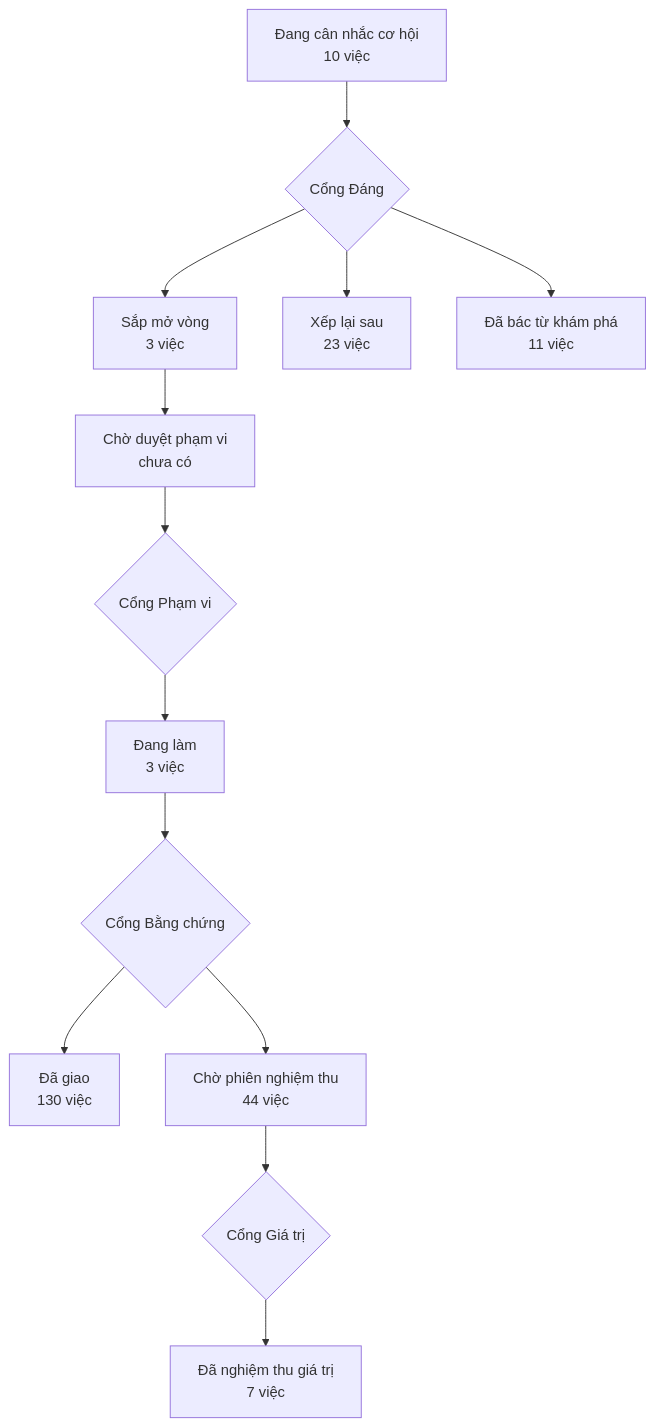
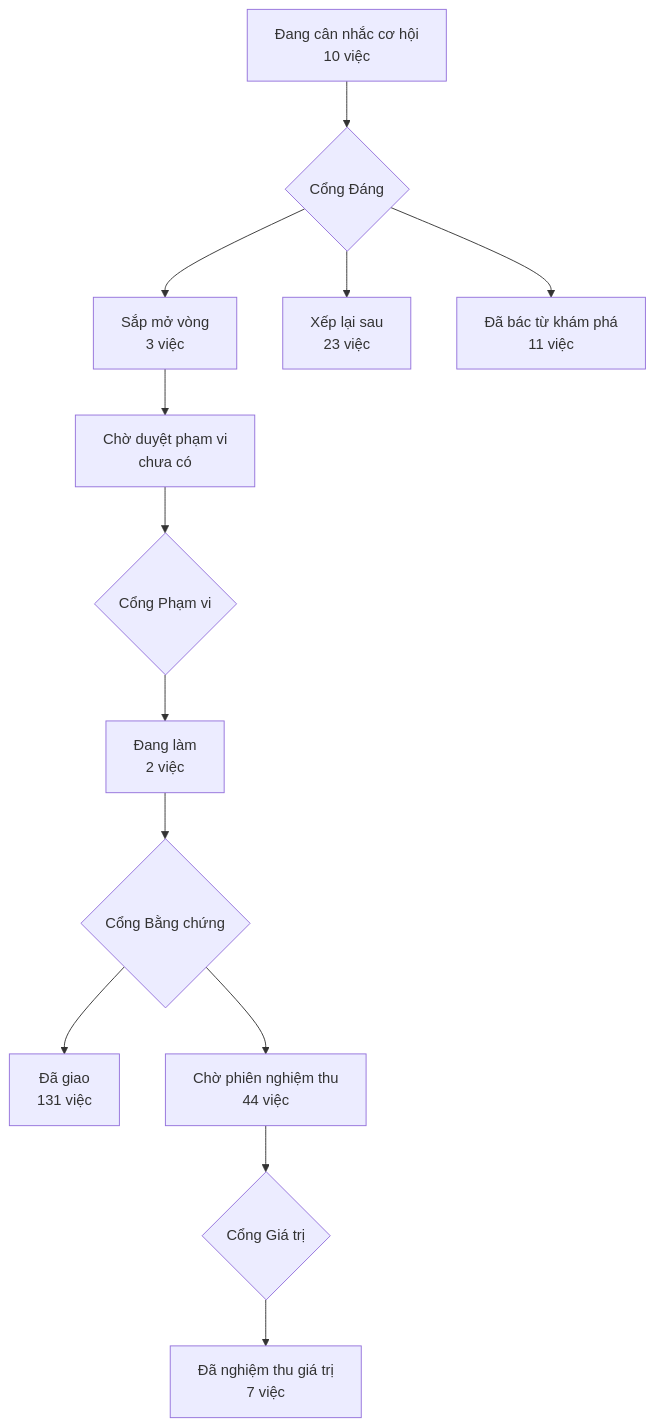
The diagram in PRODUCT-MAP.md (phanlemanh/acceptance-gate-kit), drawn with Mermaid before and after one commit. The commit also changed 6 other files, not shown here.

````diff
--- a/PRODUCT-MAP.md
+++ b/PRODUCT-MAP.md
@@ -7,12 +7,12 @@
 ```mermaid
 flowchart TD
   A["Đang cân nhắc cơ hội<br/>10 việc"] --> GD{"Cổng Đáng"}
   GD --> B["Sắp mở vòng<br/>3 việc"]
   GD --> XL["Xếp lại sau<br/>23 việc"]
   GD --> DB["Đã bác từ khám phá<br/>11 việc"]
   B --> CD["Chờ duyệt phạm vi<br/>chưa có"] --> GP{"Cổng Phạm vi"}
-  GP --> DL["Đang làm<br/>3 việc"] --> GB{"Cổng Bằng chứng"}
-  GB --> DG["Đã giao<br/>130 việc"]
+  GP --> DL["Đang làm<br/>2 việc"] --> GB{"Cổng Bằng chứng"}
+  GB --> DG["Đã giao<br/>131 việc"]
   GB --> CN["Chờ phiên nghiệm thu<br/>44 việc"] --> GG{"Cổng Giá trị"}
   GG --> NT["Đã nghiệm thu giá trị<br/>7 việc"]
 ```
````
